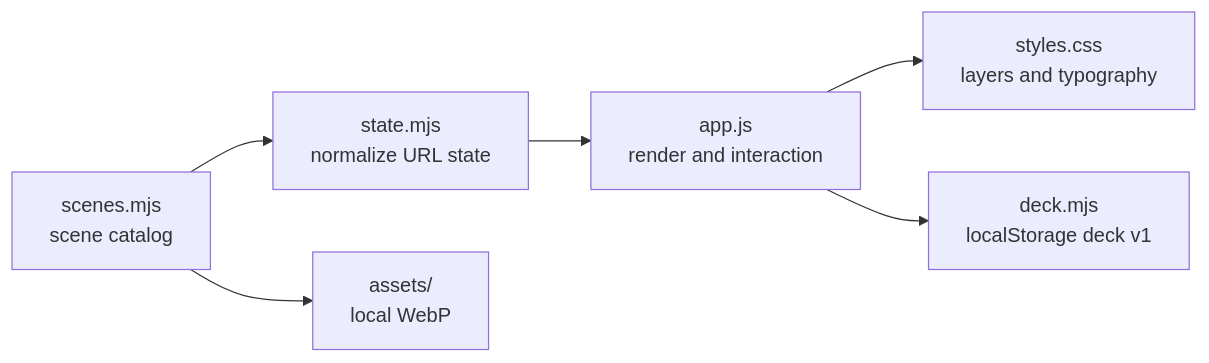
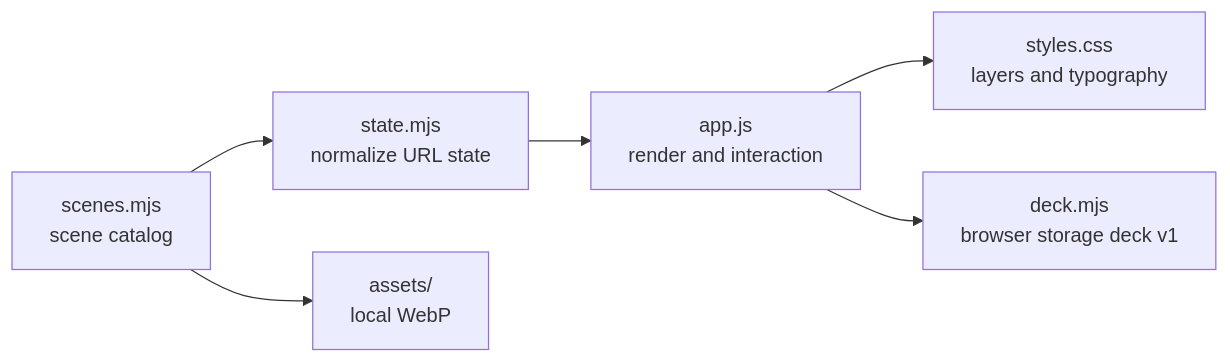
One commit to nitr0yukkuri/slidair changed the diagram in docs/technical-article.md. Above: the diagram before and after it, drawn with Mermaid. The commit also changed other lines of this file and 12 other files, not shown here.

```diff
--- a/docs/technical-article.md
+++ b/docs/technical-article.md
@@ -31,8 +31,8 @@
 ~~~mermaid
 flowchart LR
   A[scenes.mjs<br/>scene catalog] --> B[state.mjs<br/>normalize URL state]
   B --> C[app.js<br/>render and interaction]
   C --> D[styles.css<br/>layers and typography]
   A --> E[assets/<br/>local WebP]
-  C --> F[deck.mjs<br/>localStorage deck v1]
+  C --> F[deck.mjs<br/>browser storage deck v1]
 ~~~
```
